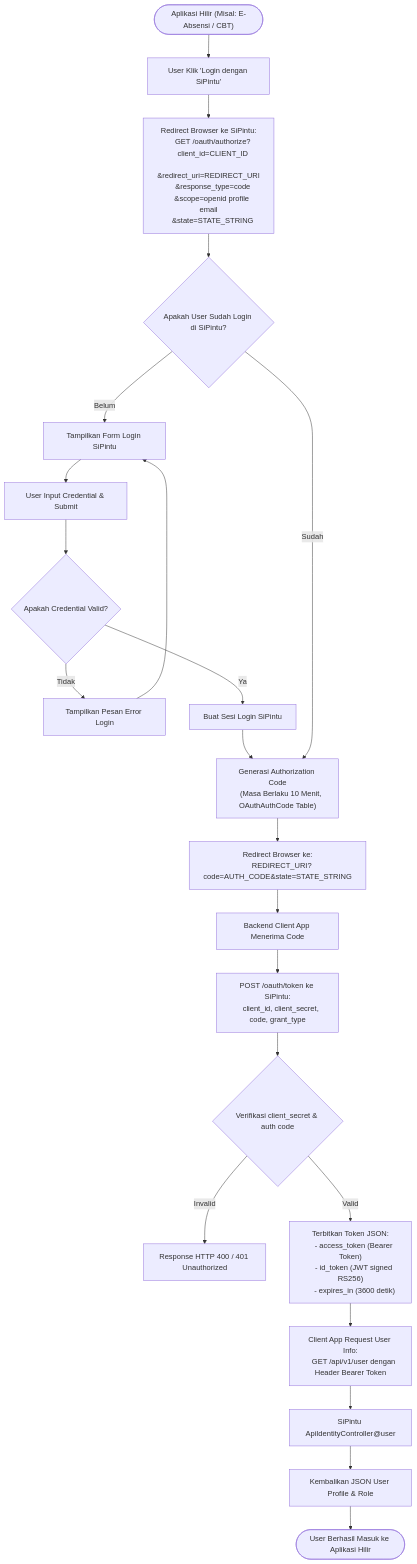
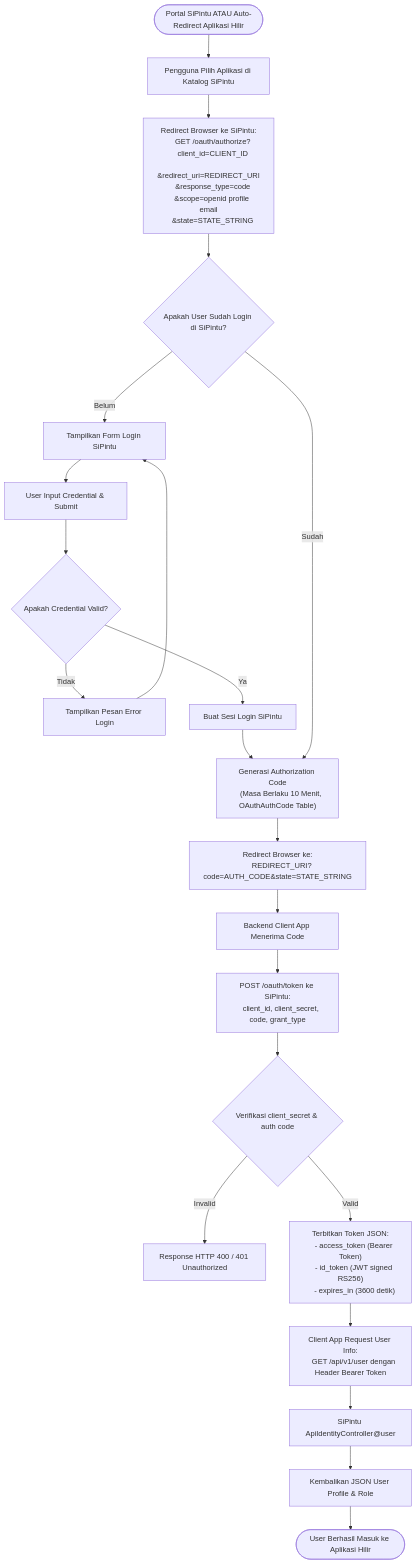
The fifth of 6 diagrams in FLOWCHART_USER_SIPINTU.md (Zhylix/SiPintu), drawn with Mermaid before and after one commit. The commit also changed 16 other files, not shown here.

````diff
--- a/FLOWCHART_USER_SIPINTU.md
+++ b/FLOWCHART_USER_SIPINTU.md
@@ -178,45 +178,45 @@
 ```mermaid
 flowchart TD
-    AppClient(["Aplikasi Hilir (Misal: E-Absensi / CBT)"]) --> UserClickSSO["User Klik 'Login dengan SiPintu'"]
+    AppClient(["Portal SiPintu ATAU Auto-Redirect Aplikasi Hilir"]) --> UserClickSSO["Pengguna Pilih Aplikasi di Katalog SiPintu"]
     UserClickSSO --> AuthReq["Redirect Browser ke SiPintu:
     GET /oauth/authorize?
     client_id=CLIENT_ID
     &redirect_uri=REDIRECT_URI
     &response_type=code
     &scope=openid profile email
     &state=STATE_STRING"]
 
     AuthReq --> CheckSession{"Apakah User Sudah Login di SiPintu?"}
     
     CheckSession -- "Belum" --> ShowLogin["Tampilkan Form Login SiPintu"]
     ShowLogin --> UserLoginSubmit["User Input Credential & Submit"]
     UserLoginSubmit --> AuthValid{"Apakah Credential Valid?"}
     AuthValid -- "Tidak" --> ShowLoginErr["Tampilkan Pesan Error Login"]
     ShowLoginErr --> ShowLogin
     AuthValid -- "Ya" --> CreateUserSession["Buat Sesi Login SiPintu"]
     CreateUserSession --> GenCode
     
     CheckSession -- "Sudah" --> GenCode["Generasi Authorization Code
     (Masa Berlaku 10 Menit, OAuthAuthCode Table)"]
 
     GenCode --> RedirClient["Redirect Browser ke:
     REDIRECT_URI?code=AUTH_CODE&state=STATE_STRING"]
 
     RedirClient --> ClientBackend["Backend Client App Menerima Code"]
     ClientBackend --> ExchangeToken["POST /oauth/token ke SiPintu:
     client_id, client_secret, code, grant_type"]
 
     ExchangeToken --> VerifyTokenReq{"Verifikasi client_secret & auth code"}
     VerifyTokenReq -- "Invalid" --> ReturnErr["Response HTTP 400 / 401 Unauthorized"]
     VerifyTokenReq -- "Valid" --> IssueTokens["Terbitkan Token JSON:
     - access_token (Bearer Token)
     - id_token (JWT signed RS256)
     - expires_in (3600 detik)"]
 
     IssueTokens --> ClientReqUser["Client App Request User Info:
     GET /api/v1/user dengan Header Bearer Token"]
 
     ClientReqUser --> SiPintuAPI["SiPintu ApiIdentityController@user"]
     SiPintuAPI --> ReturnUserData["Kembalikan JSON User Profile & Role"]
     ReturnUserData --> ClientLoginSuccess(["User Berhasil Masuk ke Aplikasi Hilir"])
 ```
````
